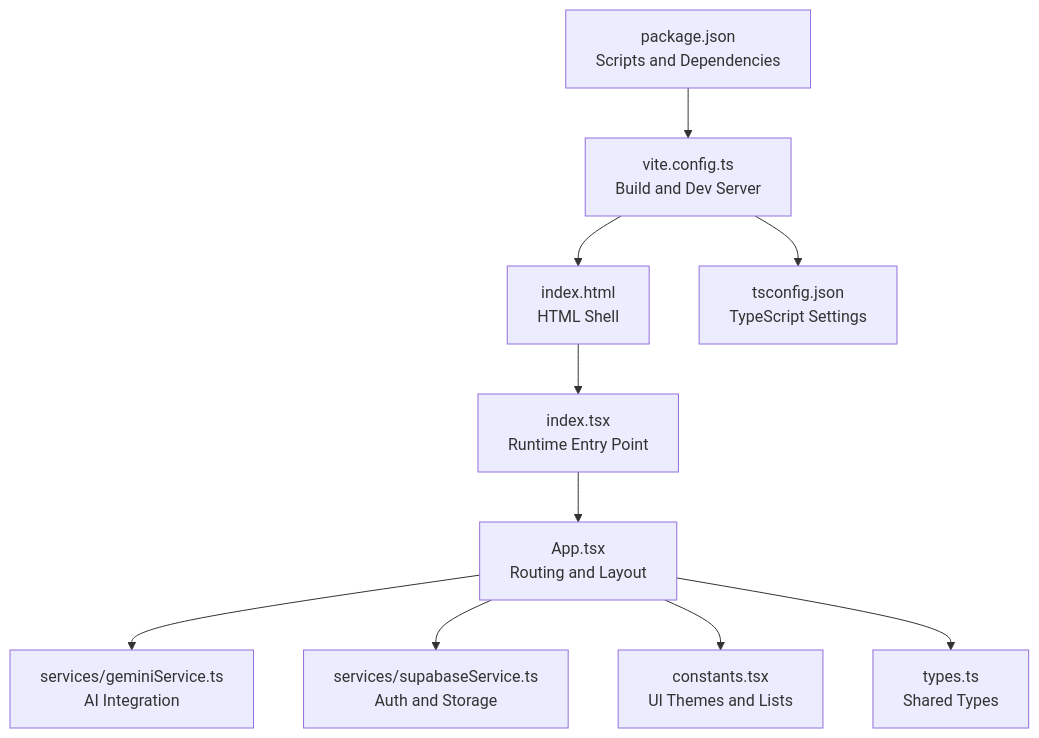
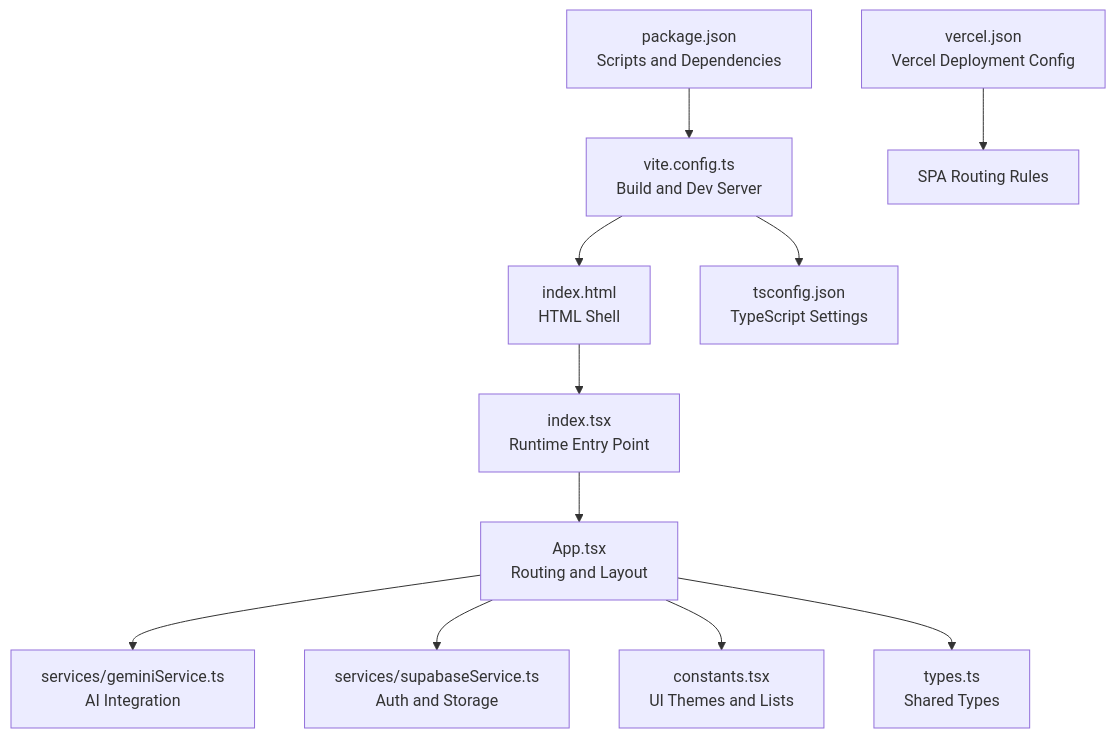
One commit to zpria/ACCOUND-ZPRIA changed the first of 11 diagrams in .qoder/repowiki/en/content/Configuration and Deployment.md. Above: the diagram before and after it, drawn with Mermaid. The commit also changed other lines of this file and 12 other files, not shown here.

````diff
--- a/.qoder/repowiki/en/content/Configuration and Deployment.md
+++ b/.qoder/repowiki/en/content/Configuration and Deployment.md
@@ -36,12 +43,13 @@
 ```mermaid
 graph TB
 A["package.json<br/>Scripts and Dependencies"] --> B["vite.config.ts<br/>Build and Dev Server"]
 B --> C["index.html<br/>HTML Shell"]
 C --> D["index.tsx<br/>Runtime Entry Point"]
 D --> E["App.tsx<br/>Routing and Layout"]
 E --> F["services/geminiService.ts<br/>AI Integration"]
 E --> G["services/supabaseService.ts<br/>Auth and Storage"]
 B --> H["tsconfig.json<br/>TypeScript Settings"]
 E --> I["constants.tsx<br/>UI Themes and Lists"]
 E --> J["types.ts<br/>Shared Types"]
+K["vercel.json<br/>Vercel Deployment Config"] --> L["SPA Routing Rules"]
 ```
````
